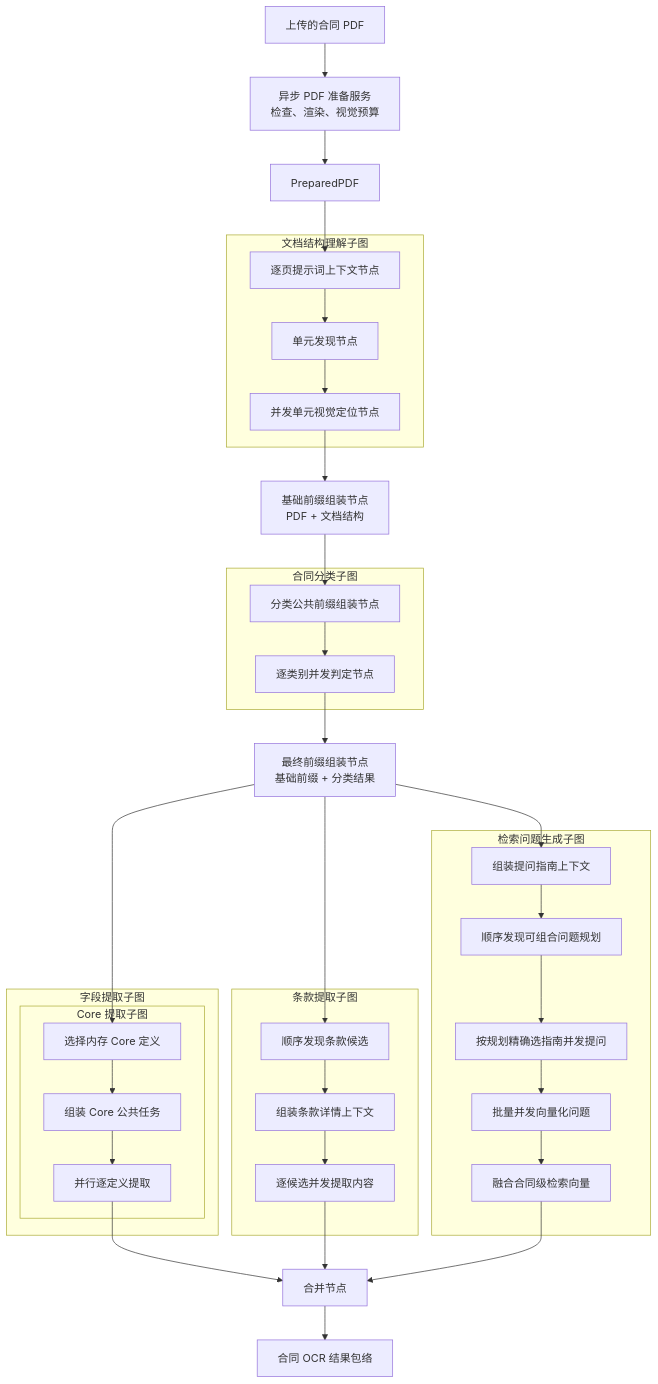
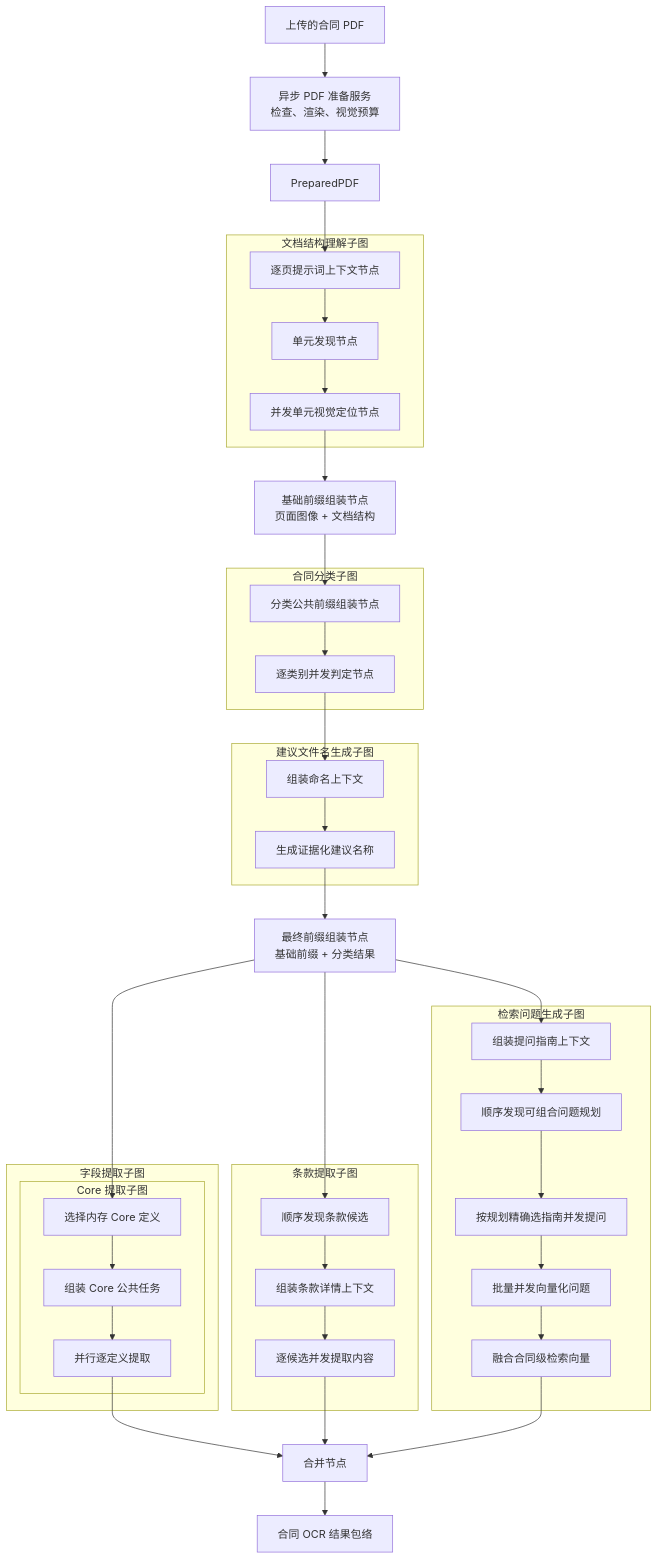
The diagram in description/architecture/workflow/contract-extraction/readme.md (caicai-6666/contract-service-be), drawn with Mermaid before and after one commit. The commit also changed other lines of this file and 79 other files, not shown here.

````diff
--- a/description/architecture/workflow/contract-extraction/readme.md
+++ b/description/architecture/workflow/contract-extraction/readme.md
@@ -25,60 +26,67 @@
 ```mermaid
 flowchart TD
     upload["上传的合同 PDF"]
     prepare_service["异步 PDF 准备服务<br/>检查、渲染、视觉预算"]
     input["PreparedPDF"]
 
     subgraph document_understanding_subgraph["文档结构理解子图"]
         build_prompt["逐页提示词上下文节点"]
         discover_units["单元发现节点"]
         locate_units["并发单元视觉定位节点"]
         build_prompt --> discover_units --> locate_units
     end
 
-    assemble_base["基础前缀组装节点<br/>PDF + 文档结构"]
+    assemble_base["基础前缀组装节点<br/>页面图像 + 文档结构"]
 
     subgraph classification_subgraph["合同分类子图"]
         assemble_classification["分类公共前缀组装节点"]
         classify["逐类别并发判定节点"]
         assemble_classification --> classify
+    end
+
+    subgraph file_name_subgraph["建议文件名生成子图"]
+        assemble_file_name["组装命名上下文"]
+        generate_file_name["生成证据化建议名称"]
+        assemble_file_name --> generate_file_name
     end
 
     assemble_prefill["最终前缀组装节点<br/>基础前缀 + 分类结果"]
 
     subgraph field_subgraph["字段提取子图"]
         subgraph core_subgraph["Core 提取子图"]
             select_core["选择内存 Core 定义"]
             assemble_core["组装 Core 公共任务"]
             core_node["并行逐定义提取"]
             select_core --> assemble_core --> core_node
         end
     end
 
     subgraph clause_subgraph["条款提取子图"]
         discover_clause["顺序发现条款候选"]
         preheat_clause["组装条款详情上下文"]
         extract_clause["逐候选并发提取内容"]
         discover_clause --> preheat_clause --> extract_clause
     end
 
     subgraph retrieval_question_subgraph["检索问题生成子图"]
         render_question_guides["组装提问指南上下文"]
         discover_question_focuses["顺序发现可组合问题规划"]
         generate_questions["按规划精确选指南并发提问"]
         embed_questions["批量并发向量化问题"]
         fuse_question_embeddings["融合合同级检索向量"]
         render_question_guides --> discover_question_focuses --> generate_questions --> embed_questions --> fuse_question_embeddings
     end
 
     upload --> prepare_service --> input --> build_prompt
     locate_units --> assemble_base --> assemble_classification
-    classify --> assemble_prefill
+    classify --> assemble_file_name
+    generate_file_name --> assemble_prefill
     assemble_prefill --> select_core
     assemble_prefill --> discover_clause
     assemble_prefill --> render_question_guides
 
     core_node --> merge["合并节点"]
     extract_clause --> merge
     fuse_question_embeddings --> merge
     merge --> result["合同 OCR 结果包络"]
 ```
````
